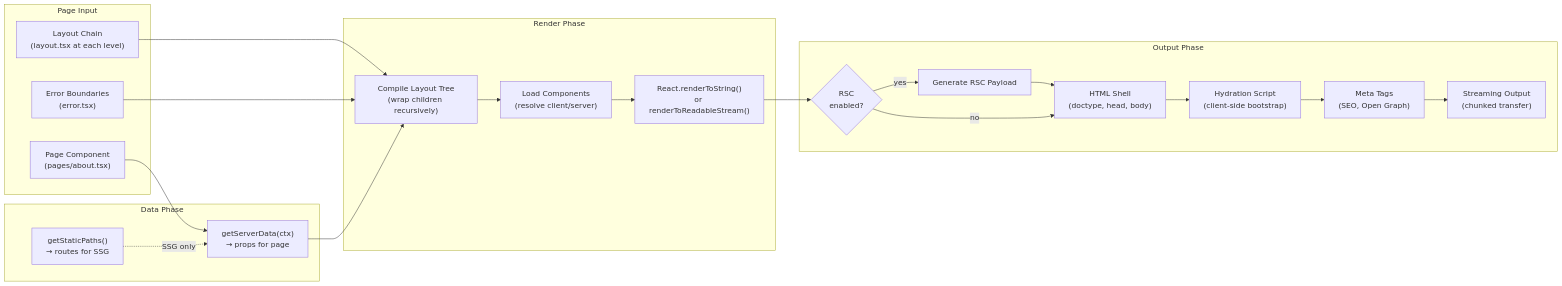
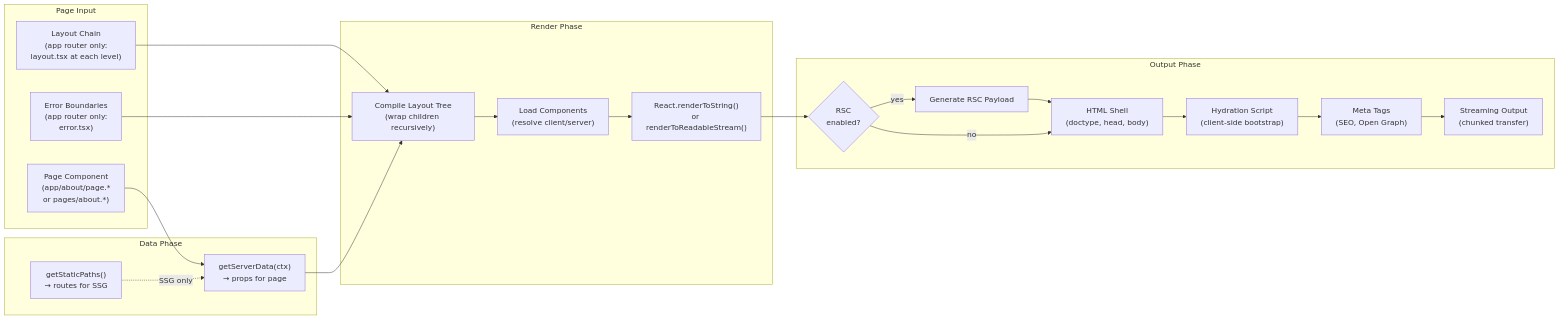
Before and after one commit to veryfront/veryfront-code: the third of 4 diagrams in docs/architecture/02-request-pipeline.md, drawn with Mermaid. The commit also changed other lines of this file and 28 other files, not shown here.

````diff
--- a/docs/architecture/02-request-pipeline.md
+++ b/docs/architecture/02-request-pipeline.md
@@ -161,44 +161,44 @@
 ```mermaid
 flowchart LR
     subgraph Input["Page Input"]
-        PageFile["Page Component<br/>(pages/about.tsx)"]
-        Layouts["Layout Chain<br/>(layout.tsx at each level)"]
-        ErrorBoundaries["Error Boundaries<br/>(error.tsx)"]
+        PageFile["Page Component<br/>(app/about/page.*<br/>or pages/about.*)"]
+        Layouts["Layout Chain<br/>(app router only:<br/>layout.tsx at each level)"]
+        ErrorBoundaries["Error Boundaries<br/>(app router only:<br/>error.tsx)"]
     end
 
     subgraph DataPhase["Data Phase"]
         ServerData["getServerData(ctx)<br/>→ props for page"]
         StaticPaths["getStaticPaths()<br/>→ routes for SSG"]
     end
 
     subgraph RenderPhase["Render Phase"]
         LayoutCompile["Compile Layout Tree<br/>(wrap children recursively)"]
         ComponentLoad["Load Components<br/>(resolve client/server)"]
         ReactRender["React.renderToString()<br/>or renderToReadableStream()"]
     end
 
     subgraph OutputPhase["Output Phase"]
         RSCCheck{"RSC<br/>enabled?"}
         RSCPayload["Generate RSC Payload"]
         HTMLShell["HTML Shell<br/>(doctype, head, body)"]
         HydrationScript["Hydration Script<br/>(client-side bootstrap)"]
         MetaTags["Meta Tags<br/>(SEO, Open Graph)"]
         StreamOut["Streaming Output<br/>(chunked transfer)"]
     end
 
     PageFile --> ServerData
     Layouts --> LayoutCompile
     ErrorBoundaries --> LayoutCompile
     ServerData --> LayoutCompile
     StaticPaths -.->|"SSG only"| ServerData
 
     LayoutCompile --> ComponentLoad
     ComponentLoad --> ReactRender
 
     ReactRender --> RSCCheck
     RSCCheck -->|yes| RSCPayload --> HTMLShell
     RSCCheck -->|no| HTMLShell
     HTMLShell --> HydrationScript
     HydrationScript --> MetaTags
     MetaTags --> StreamOut
 ```
````
